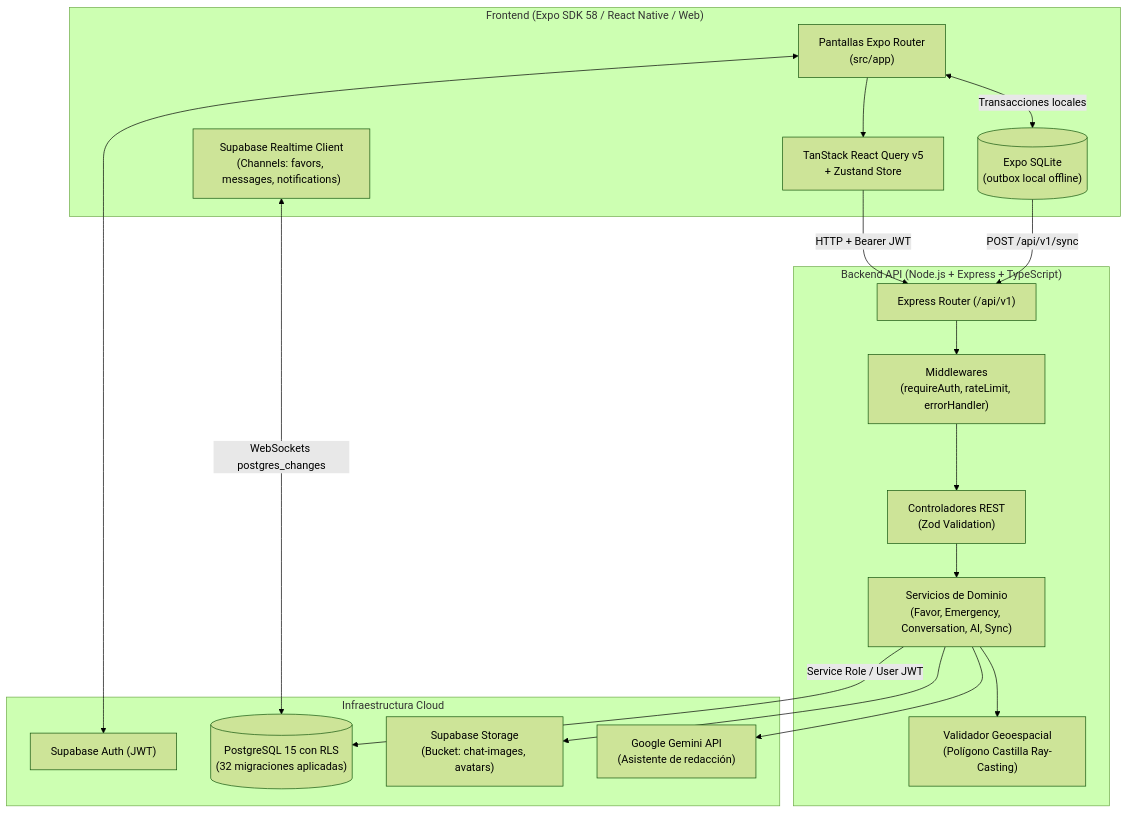
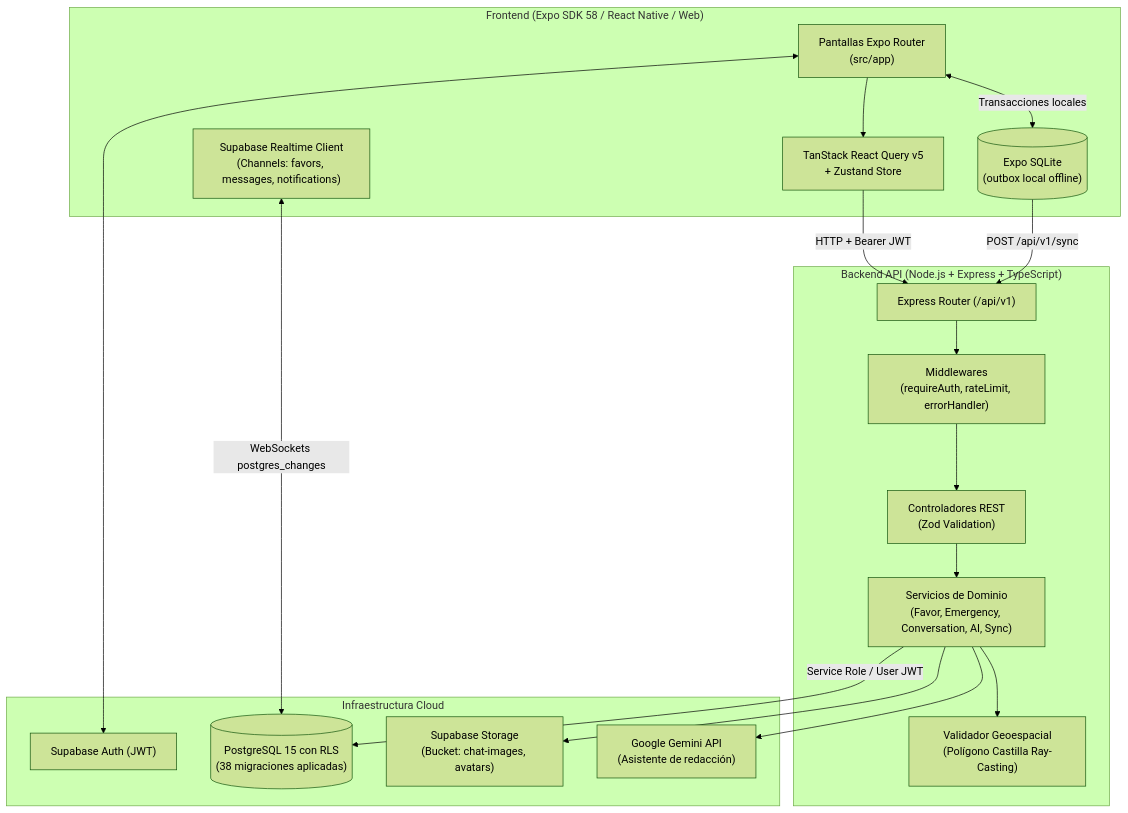
Before and after one commit to Projects-XD/barrio-front: the diagram in README.md, drawn with Mermaid (forest theme). The commit also changed other lines of this file and 2 other files, not shown here.

Commit message:
docs: actualizar README.md al 100% con 38 migraciones, 75 tests y nuevo flujo de emergencias

````diff
--- a/README.md
+++ b/README.md
@@ -51,36 +51,36 @@
 ```mermaid
 flowchart TD
   subgraph Cliente["Frontend (Expo SDK 58 / React Native / Web)"]
     UI["Pantallas Expo Router\n(src/app)"]
     RQ["TanStack React Query v5\n+ Zustand Store"]
     SQLite[("Expo SQLite\n(outbox local offline)")]
     RTClient["Supabase Realtime Client\n(Channels: favors, messages, notifications)"]
   end
 
   subgraph Servidor["Backend API (Node.js + Express + TypeScript)"]
     Router["Express Router (/api/v1)"]
     MW["Middlewares\n(requireAuth, rateLimit, errorHandler)"]
     Controllers["Controladores REST\n(Zod Validation)"]
     Services["Servicios de Dominio\n(Favor, Emergency, Conversation, AI, Sync)"]
     Geo["Validador Geoespacial\n(Polígono Castilla Ray-Casting)"]
   end
 
   subgraph Cloud["Infraestructura Cloud"]
     SupaAuth["Supabase Auth (JWT)"]
-    PostgreSQL[("PostgreSQL 15 con RLS\n(32 migraciones aplicadas)")]
+    PostgreSQL[("PostgreSQL 15 con RLS\n(38 migraciones aplicadas)")]
     SupaStorage["Supabase Storage\n(Bucket: chat-images, avatars)"]
     Gemini["Google Gemini API\n(Asistente de redacción)"]
   end
 
   UI --> RQ
   RQ -->|HTTP + Bearer JWT| Router
   UI <-->|Transacciones locales| SQLite
   SQLite -->|POST /api/v1/sync| Router
   Router --> MW --> Controllers --> Services
   Services --> Geo
   Services -->|Service Role / User JWT| PostgreSQL
   Services --> SupaStorage
   Services --> Gemini
   UI <--> SupaAuth
   RTClient <-->|WebSockets postgres_changes| PostgreSQL
 ```
````
